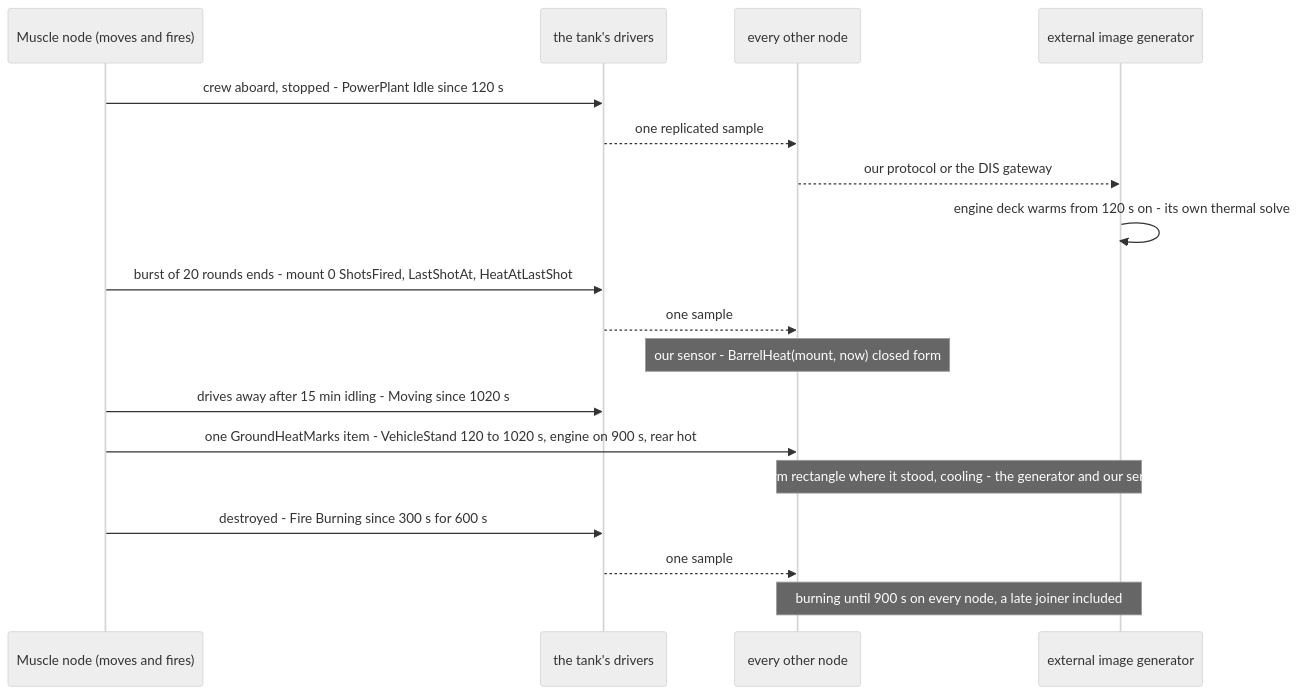
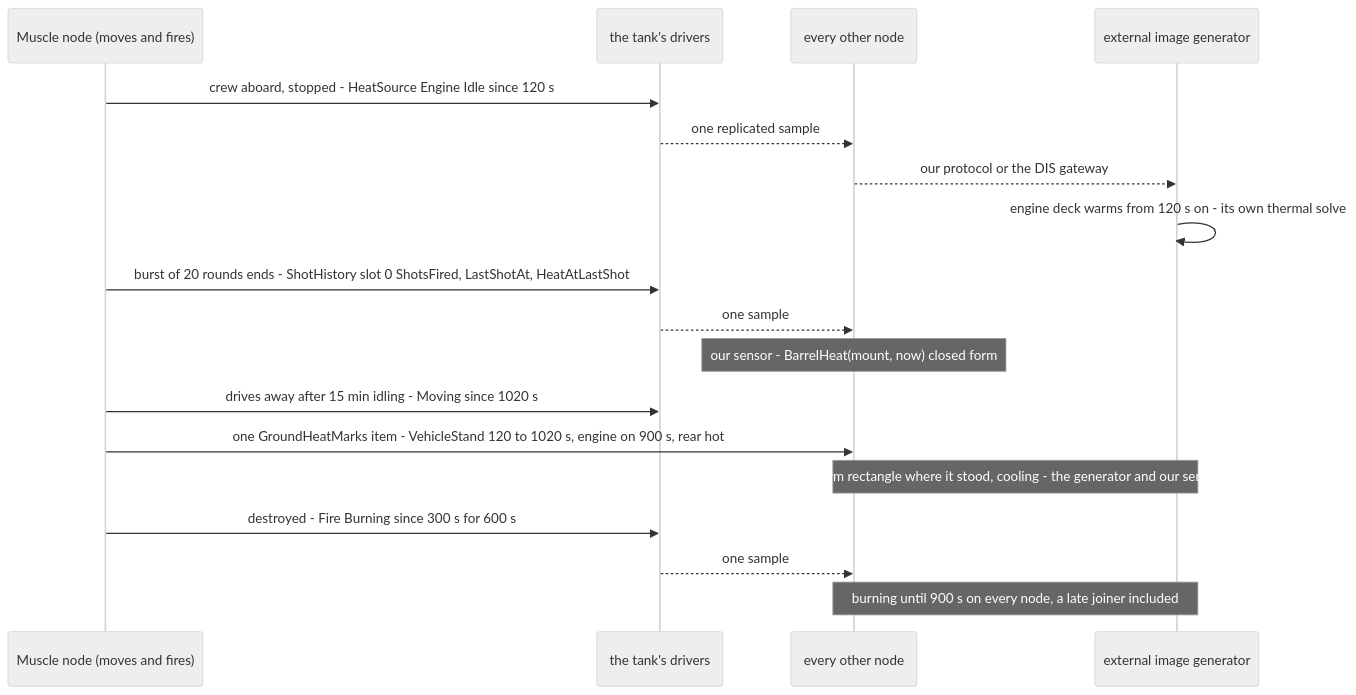
The second of 3 diagrams in docs/designs/thermal/DESIGN_Thermal_Drivers.md (pjanec/HROT), drawn with Mermaid (neutral theme) before and after one commit. The commit also changed other lines of this file, not shown here.

First line of the commit message:
thermal drivers: HeatSource (engine or body, motion included), ShotHistory on the owner, Health.StateSince instead of LifeChange — the 2026-11-18 review (still not approved)

````diff
--- a/docs/designs/thermal/DESIGN_Thermal_Drivers.md
+++ b/docs/designs/thermal/DESIGN_Thermal_Drivers.md
@@ -214,20 +223,20 @@
 ```mermaid
 sequenceDiagram
   participant M as Muscle node (moves and fires)
   participant D as the tank's drivers
   participant N as every other node
   participant G as external image generator
-  M->>D: crew aboard, stopped - PowerPlant Idle since 120 s
+  M->>D: crew aboard, stopped - HeatSource Engine Idle since 120 s
   D-->>N: one replicated sample
   N-->>G: our protocol or the DIS gateway
   G->>G: engine deck warms from 120 s on - its own thermal solve
-  M->>D: burst of 20 rounds ends - mount 0 ShotsFired, LastShotAt, HeatAtLastShot
+  M->>D: burst of 20 rounds ends - ShotHistory slot 0 ShotsFired, LastShotAt, HeatAtLastShot
   D-->>N: one sample
   Note over N: our sensor - BarrelHeat(mount, now) closed form
   M->>D: drives away after 15 min idling - Moving since 1020 s
   M->>N: one GroundHeatMarks item - VehicleStand 120 to 1020 s, engine on 900 s, rear hot
   Note over N,G: an invisible warm rectangle where it stood, cooling - the generator and our sensor compute it
   M->>D: destroyed - Fire Burning since 300 s for 600 s
   D-->>N: one sample
   Note over N,G: burning until 900 s on every node, a late joiner included
 ```
````
